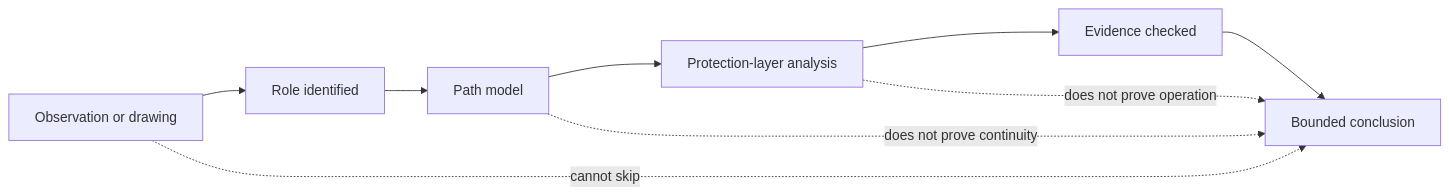
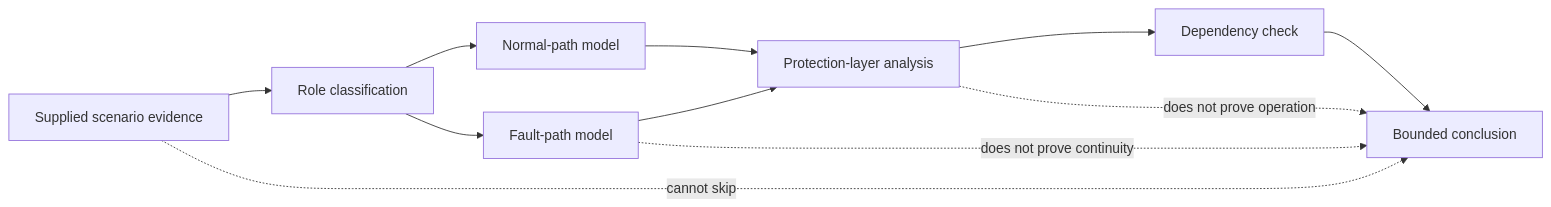
The second of 2 diagrams in docs/learning-plans/6-week/modules/day-14-week-2-integrated-men-and-protection-exercise.md (andrew3stedall/capstone), drawn with Mermaid before and after one commit. The commit also changed other lines of this file, not shown here.

````diff
--- a/docs/learning-plans/6-week/modules/day-14-week-2-integrated-men-and-protection-exercise.md
+++ b/docs/learning-plans/6-week/modules/day-14-week-2-integrated-men-and-protection-exercise.md
@@ -155,12 +195,14 @@
 ```mermaid
 flowchart LR
-    O[Observation or drawing] --> R[Role identified]
-    R --> P[Path model]
-    P --> L[Protection-layer analysis]
-    L --> E[Evidence checked]
-    E --> C[Bounded conclusion]
+    S[Supplied scenario evidence] --> R[Role classification]
+    R --> N[Normal-path model]
+    R --> F[Fault-path model]
+    N --> P[Protection-layer analysis]
+    F --> P
+    P --> D[Dependency check]
+    D --> C[Bounded conclusion]
 
-    O -. cannot skip .-> C
-    P -. does not prove continuity .-> C
-    L -. does not prove operation .-> C
+    S -. cannot skip .-> C
+    F -. does not prove continuity .-> C
+    P -. does not prove operation .-> C
 ```
````
